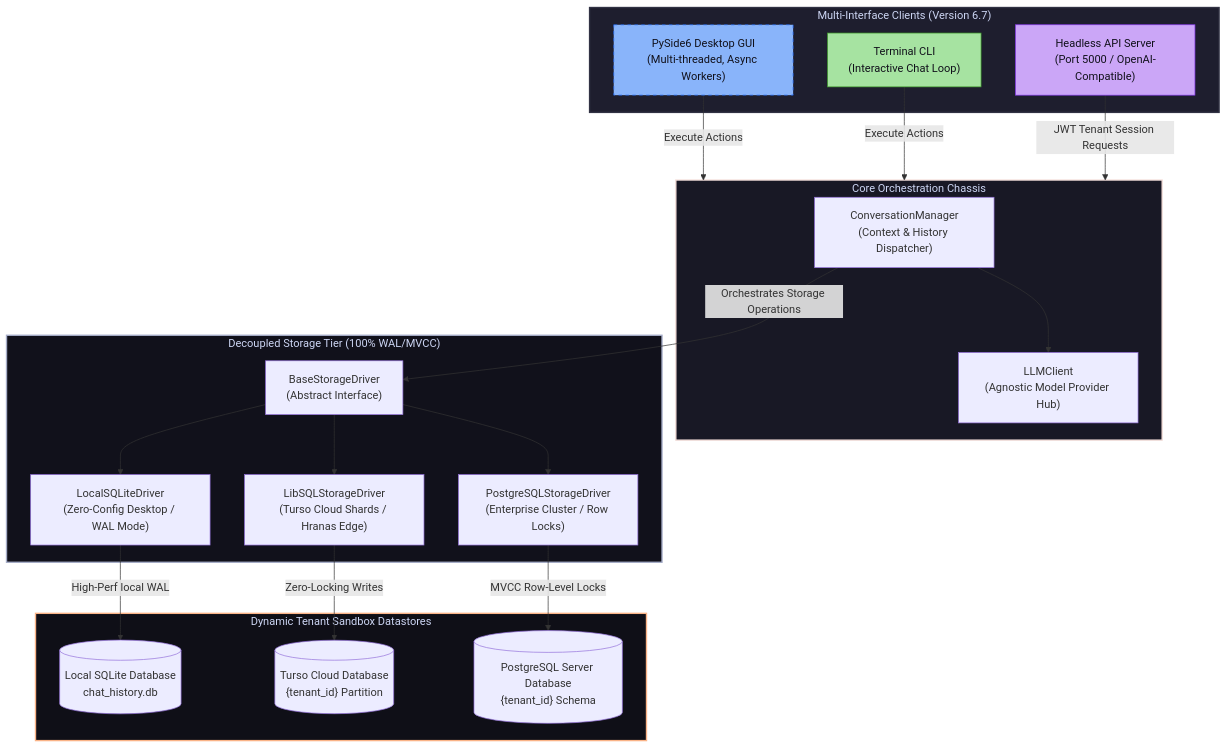
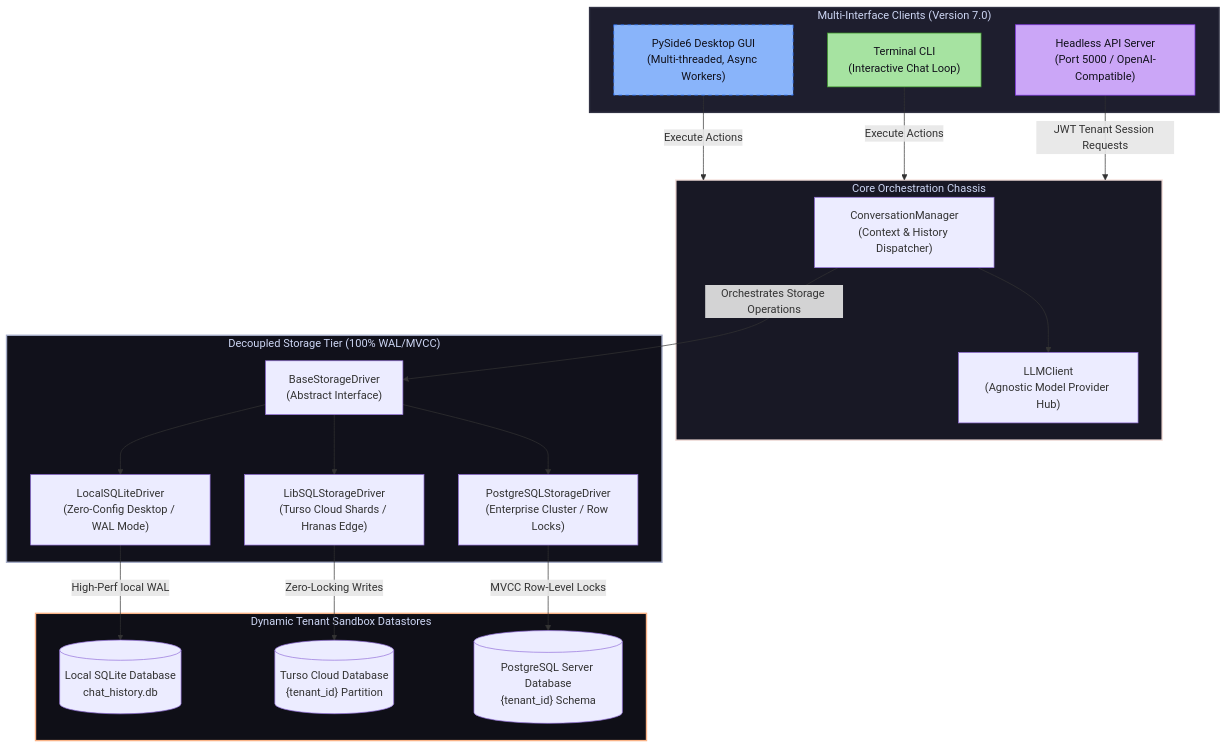
One commit to Arean82/llm_chat_app changed the diagram in README.md. Above: the diagram before and after it, drawn with Mermaid. The commit also changed other lines of this file and 19 other files, not shown here.

````diff
--- a/README.md
+++ b/README.md
@@ -254,55 +254,55 @@
 ```mermaid
 graph TD
     %% Client Layer
-    subgraph Clients ["Multi-Interface Clients (Version 6.7)"]
+    subgraph Clients ["Multi-Interface Clients (Version 7.0)"]
         GUI["PySide6 Desktop GUI<br>(Multi-threaded, Async Workers)"]
         CLI["Terminal CLI<br>(Interactive Chat Loop)"]
         Headless["Headless API Server<br>(Port 5000 / OpenAI-Compatible)"]
     end
 
     %% Core Orchestration Layer
     subgraph Core ["Core Orchestration Chassis"]
         Mgr["ConversationManager<br>(Context & History Dispatcher)"]
         Client["LLMClient<br>(Agnostic Model Provider Hub)"]
         Mgr --> Client
     end
 
     %% Storage Drivers
     subgraph Storage ["Decoupled Storage Tier (100% WAL/MVCC)"]
         DriverContract["BaseStorageDriver<br>(Abstract Interface)"]
         SQLiteDriver["LocalSQLiteDriver<br>(Zero-Config Desktop / WAL Mode)"]
         TursoDriver["LibSQLStorageDriver<br>(Turso Cloud Shards / Hranas Edge)"]
         PGDriver["PostgreSQLStorageDriver<br>(Enterprise Cluster / Row Locks)"]
-        
+      
         DriverContract --> SQLiteDriver
         DriverContract --> TursoDriver
         DriverContract --> PGDriver
     end
 
     %% Multi-Tenant Sandbox Datastores
     subgraph Datastores ["Dynamic Tenant Sandbox Datastores"]
         SQLiteDB[("Local SQLite Database<br>chat_history.db")]
         TursoDB[("Turso Cloud Database<br>{tenant_id} Partition")]
         PGDB[("PostgreSQL Server Database<br>{tenant_id} Schema")]
-        
+      
         SQLiteDriver -->|High-Perf local WAL| SQLiteDB
         TursoDriver -->|Zero-Locking Writes| TursoDB
         PGDriver -->|MVCC Row-Level Locks| PGDB
     end
 
     %% Relations
     GUI -->|Execute Actions| Core
     CLI -->|Execute Actions| Core
     Headless -->|JWT Tenant Session Requests| Core
-    
+  
     Mgr -->|Orchestrates Storage Operations| DriverContract
 
     %% Styling
     style Clients fill:#1e1e2e,stroke:#313244,stroke-width:2px,color:#cdd6f4
     style Core fill:#181825,stroke:#f5e0dc,stroke-width:2px,color:#cdd6f4
     style Storage fill:#11111b,stroke:#a6adc8,stroke-width:2px,color:#cdd6f4
     style Datastores fill:#0f0f17,stroke:#fab387,stroke-width:2px,color:#cdd6f4
     style GUI fill:#89b4fa,stroke:#1e66f5,stroke-dasharray: 5 5,color:#11111b
     style CLI fill:#a6e3a1,stroke:#40a02b,color:#11111b
     style Headless fill:#cba6f7,stroke:#8839ef,color:#11111b
 ```
````
